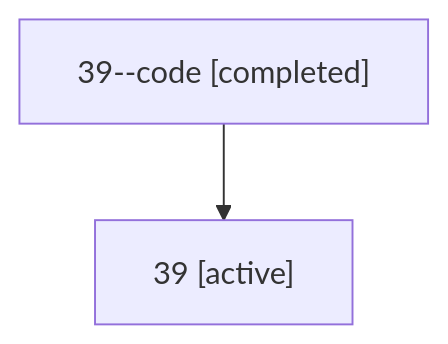
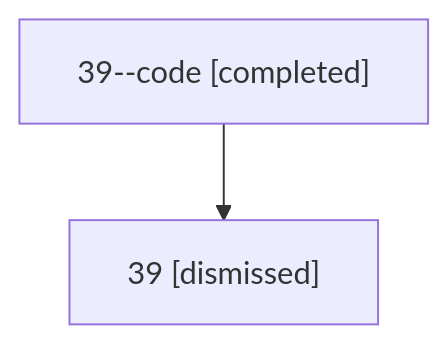
The diagram in sessions/bbugyi200.athena.39.md (sase-org/sase--agents), drawn with Mermaid before and after one commit. The commit also changed other lines of this file and 28 other files, not shown here.

````diff
--- a/sessions/bbugyi200.athena.39.md
+++ b/sessions/bbugyi200.athena.39.md
@@ -9,6 +9,6 @@
 ```mermaid
 flowchart TD
   n0["39--code [completed]"]
-  n1["39 [active]"]
+  n1["39 [dismissed]"]
   n0 --> n1
 ```
````
